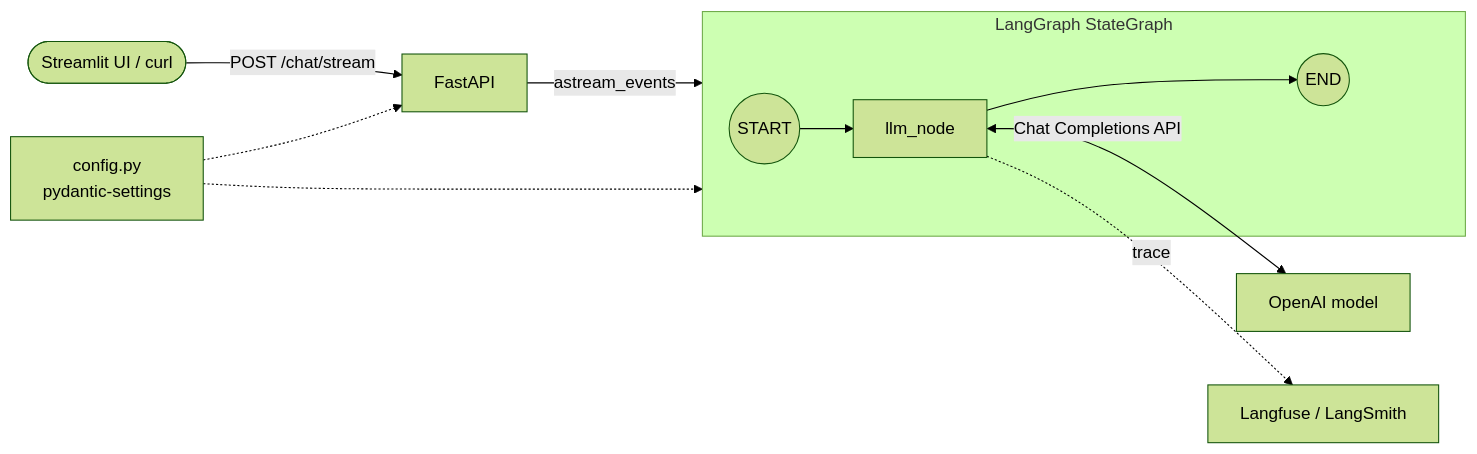
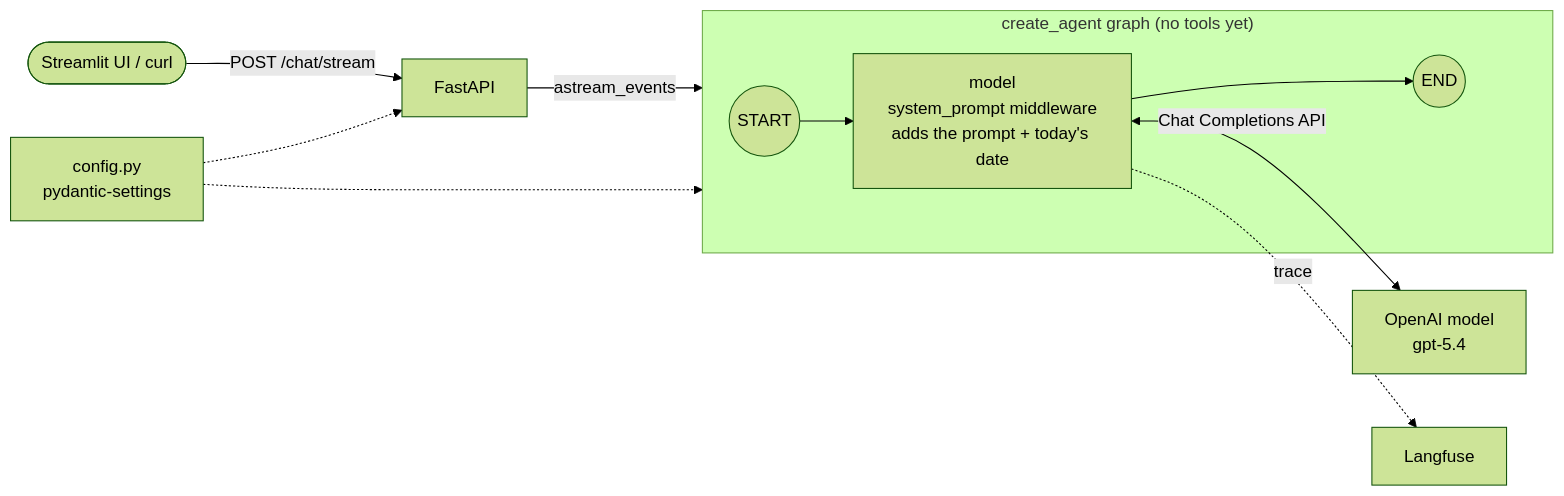
The first of 2 diagrams in docs/phase-1-foundation.md (Anirudh1905/agentic-ai-chatbot), drawn with Mermaid (forest theme) before and after one commit. The commit also changed other lines of this file and 37 other files, not shown here.

````diff
--- a/docs/phase-1-foundation.md
+++ b/docs/phase-1-foundation.md
@@ -23,15 +25,15 @@
 ```mermaid
 flowchart LR
     Client([Streamlit UI / curl]) -->|POST /chat/stream| API[FastAPI]
-    API -->|astream_events| Graph
+    API -->|astream_events| Agent
 
-    subgraph Graph["LangGraph StateGraph"]
-        START((START)) --> LLM[llm_node]
-        LLM --> END((END))
+    subgraph Agent["create_agent graph (no tools yet)"]
+        START((START)) --> Model["model<br/>system_prompt middleware<br/>adds the prompt + today's date"]
+        Model --> END((END))
     end
 
-    LLM <-->|Chat Completions API| OpenAI[OpenAI model]
-    LLM -.trace.-> Obs[Langfuse / LangSmith]
+    Model <-->|Chat Completions API| OpenAI[OpenAI model<br/>gpt-5.4]
+    Model -.trace.-> Obs[Langfuse]
     Config[config.py<br/>pydantic-settings] -.-> API
-    Config -.-> Graph
+    Config -.-> Agent
 ```
````
